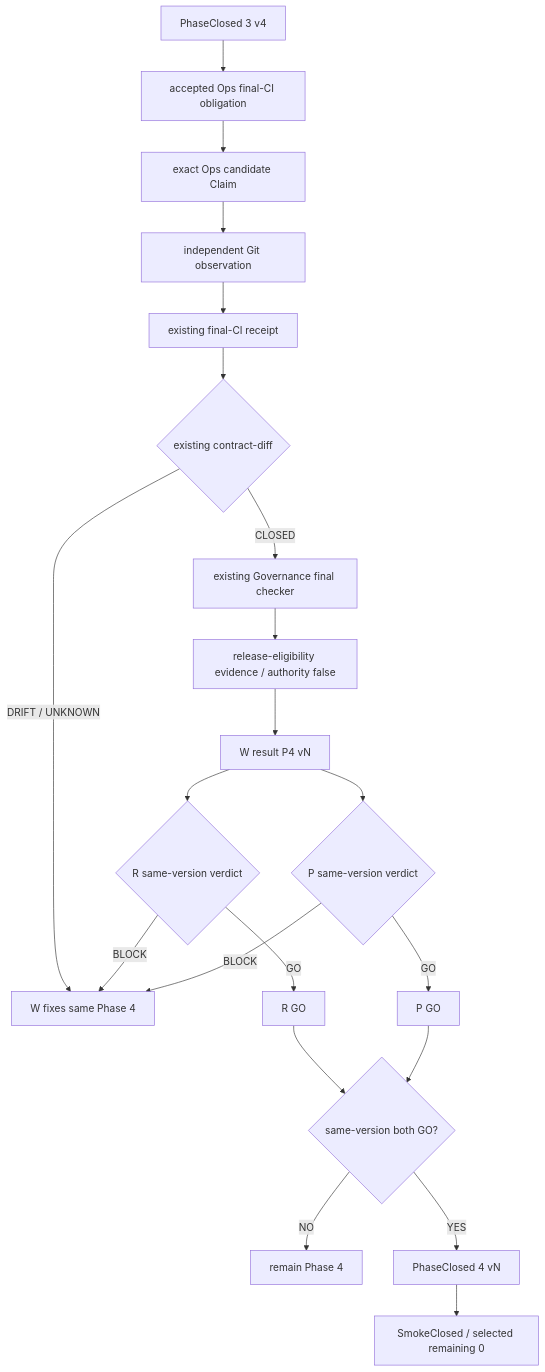
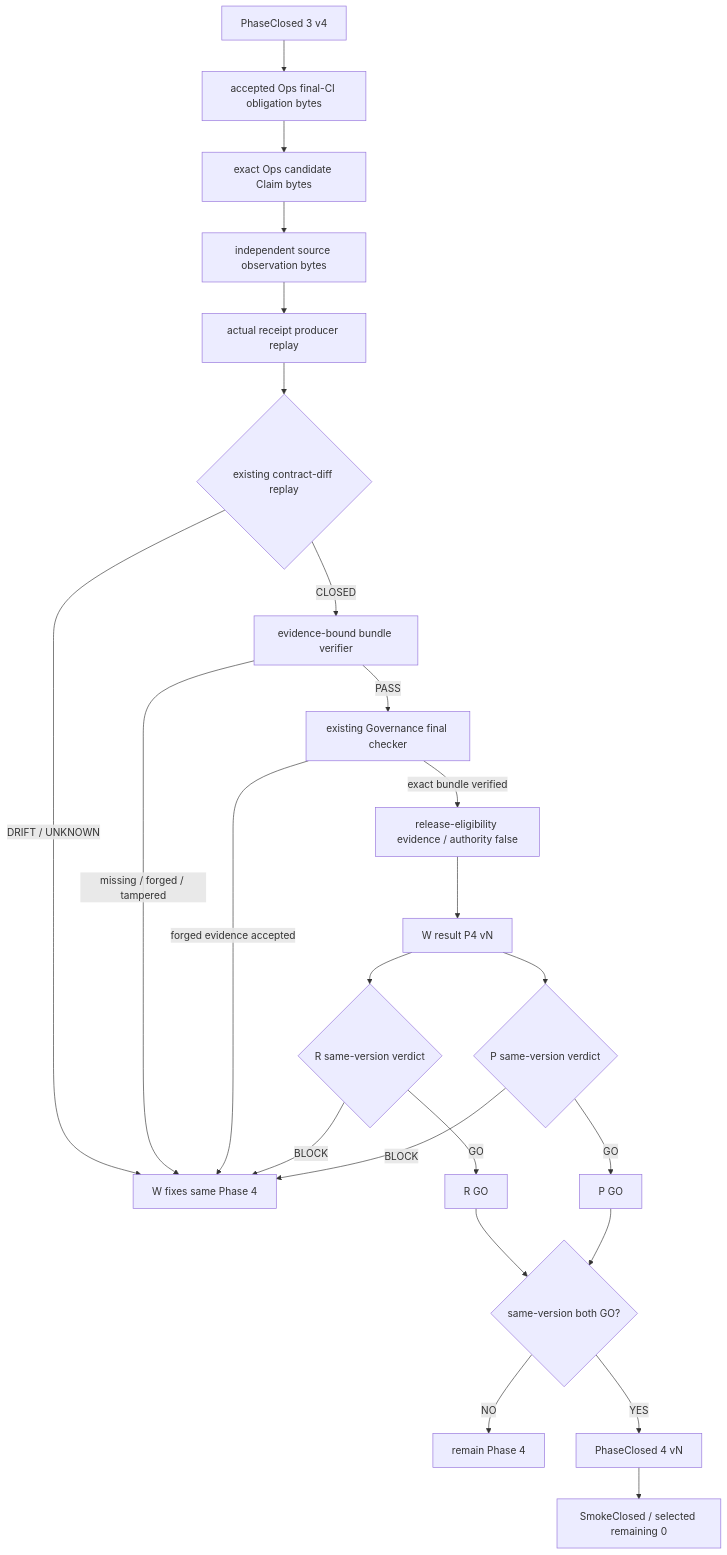
Before and after one commit to roccho-org/ops: the diagram in packages/ops-package-contract-bridge/PHASE4.md, drawn with Mermaid. The commit also changed other lines of this file and 2 other files, not shown here.

Commit message:
fix(contract): bind Phase 4 evidence to source and comparator replay

````diff
--- a/packages/ops-package-contract-bridge/PHASE4.md
+++ b/packages/ops-package-contract-bridge/PHASE4.md
@@ -61,23 +91,26 @@
 ```mermaid
 flowchart TB
-  P3["PhaseClosed 3 v4"] --> A["accepted Ops final-CI obligation"]
-  A --> C["exact Ops candidate Claim"]
-  C --> O["independent Git observation"]
-  O --> RCP["existing final-CI receipt"]
-  RCP --> D{"existing contract-diff"}
+  P3["PhaseClosed 3 v4"] --> A["accepted Ops final-CI obligation bytes"]
+  A --> C["exact Ops candidate Claim bytes"]
+  C --> O["independent source observation bytes"]
+  O --> RCP["actual receipt producer replay"]
+  RCP --> D{"existing contract-diff replay"}
   D -->|DRIFT / UNKNOWN| FIX["W fixes same Phase 4"]
-  D -->|CLOSED| G["existing Governance final checker"]
-  G --> E["release-eligibility evidence / authority false"]
+  D -->|CLOSED| V["evidence-bound bundle verifier"]
+  V -->|missing / forged / tampered| FIX
+  V -->|PASS| G["existing Governance final checker"]
+  G -->|forged evidence accepted| FIX
+  G -->|exact bundle verified| E["release-eligibility evidence / authority false"]
   E --> W["W result P4 vN"]
   W --> R{"R same-version verdict"}
   W --> P{"P same-version verdict"}
   R -->|BLOCK| FIX
   P -->|BLOCK| FIX
   R -->|GO| RG["R GO"]
   P -->|GO| PG["P GO"]
   RG --> BOTH{"same-version both GO?"}
   PG --> BOTH
   BOTH -->|NO| HOLD["remain Phase 4"]
   BOTH -->|YES| CLOSED["PhaseClosed 4 vN"]
   CLOSED --> DONE["SmokeClosed / selected remaining 0"]
 ```
````
